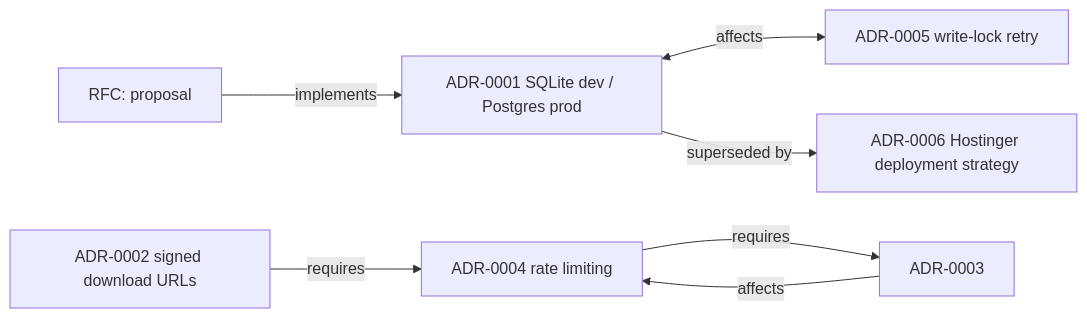
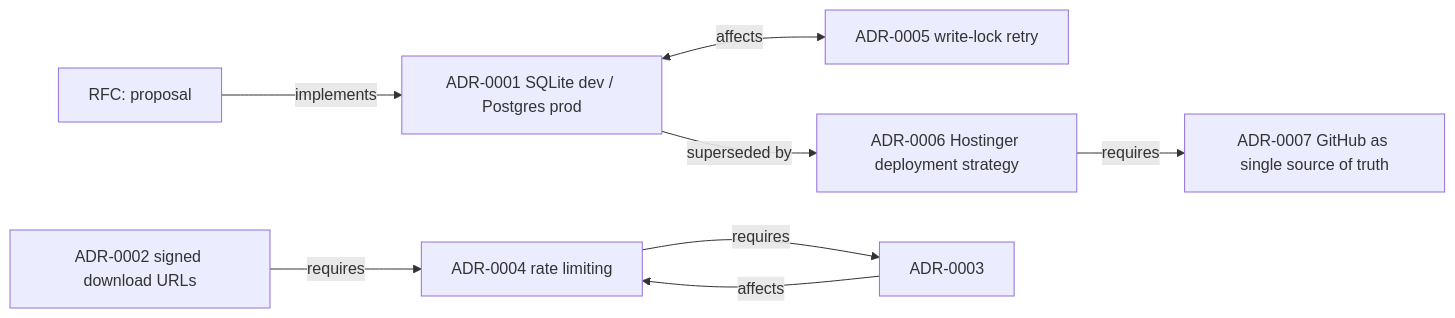
The diagram in engineering/governance/adr/GRAPH.md (niodrivecars-cpu/vroomo), drawn with Mermaid before and after one commit. The commit also changed other lines of this file and 13 other files, not shown here.

First line of the commit message:
docs(github): add GitHub onboarding guides and ADR 0007

````diff
--- a/engineering/governance/adr/GRAPH.md
+++ b/engineering/governance/adr/GRAPH.md
@@ -19,9 +19,10 @@
 ```mermaid
 graph LR
   RFC[RFC: proposal] -->|implements| ADR1[ADR-0001]
   ADR1[ADR-0001 SQLite dev / Postgres prod] <-->|affects| ADR5[ADR-0005 write-lock retry]
   ADR2[ADR-0002 signed download URLs] -->|requires| ADR4[ADR-0004 rate limiting]
   ADR3[ADR-0003 proxy-aware client IP] -->|affects| ADR4[ADR-0004]
   ADR4[ADR-0004 rate limiting] -->|requires| ADR3[ADR-0003]
   ADR1[ADR-0001 SQLite dev / Postgres prod] -->|superseded by| ADR6[ADR-0006 Hostinger deployment strategy]
+  ADR6[ADR-0006 Hostinger deployment strategy] -->|requires| ADR7[ADR-0007 GitHub as single source of truth]
 ```
````
